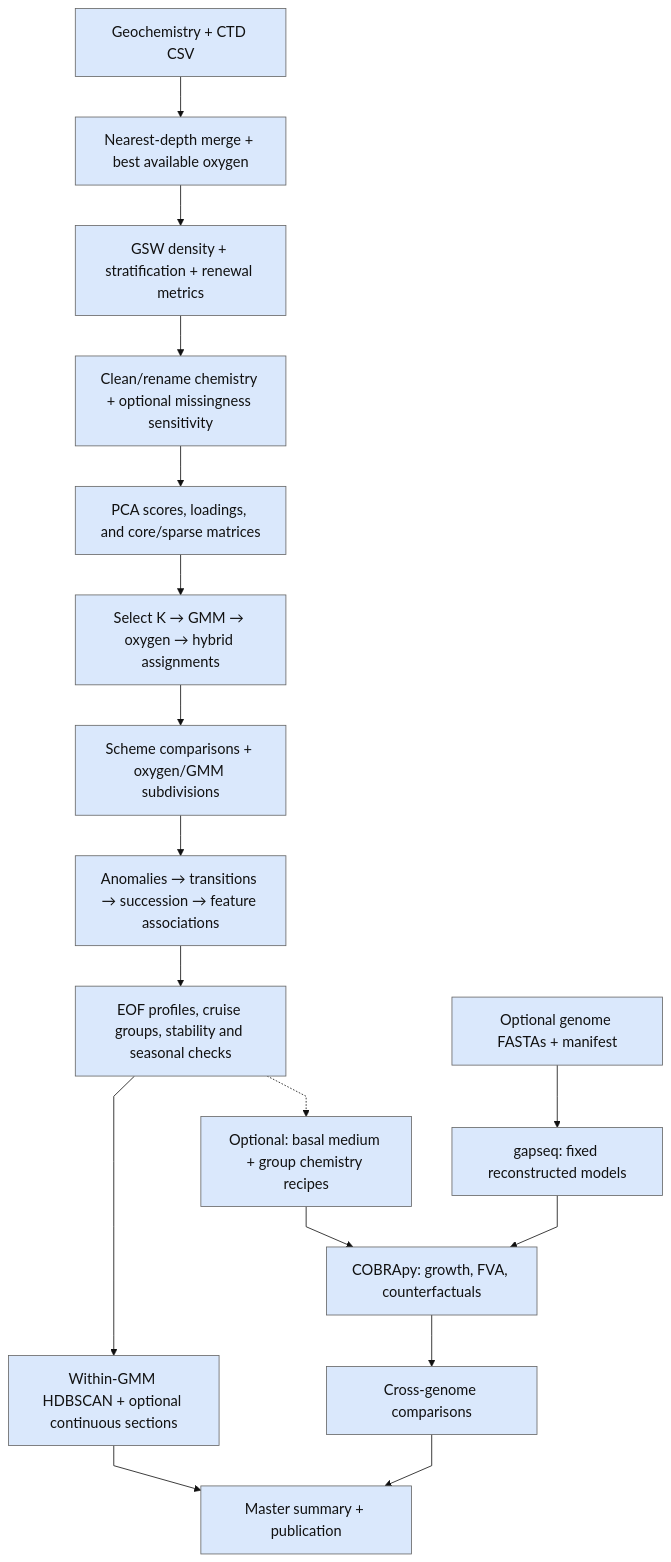
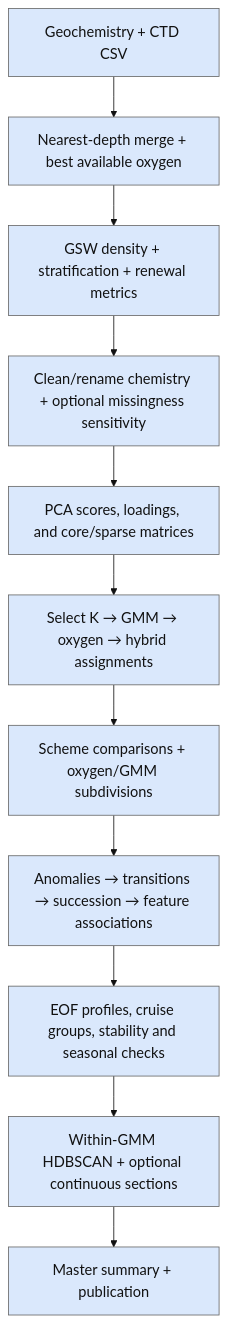
The diagram in docs/diagrams/data-flow.mmd (hallamlab/BASINS), drawn with Mermaid before and after one commit. The commit also changed 29 other files, not shown here.

```diff
--- a/docs/diagrams/data-flow.mmd
+++ b/docs/diagrams/data-flow.mmd
@@ -1,18 +1,12 @@
 %%{init: {"theme":"base","themeVariables":{"fontFamily":"Times New Roman, Times, serif","fontSize":"18px","primaryColor":"#DAE8FC","primaryTextColor":"#111111","primaryBorderColor":"#666666","lineColor":"#111111","secondaryColor":"#D5E8D4","tertiaryColor":"#F5F5F5","edgeLabelBackground":"#ffffff"},"flowchart":{"htmlLabels":false,"curve":"linear"}}}%%
 flowchart TB
  A["Geochemistry + CTD CSV"] --> B["Nearest-depth merge + best available oxygen"]
  B --> C["GSW density + stratification + renewal metrics"]
  C --> D["Clean/rename chemistry + optional missingness sensitivity"]
  D --> E["PCA scores, loadings, and core/sparse matrices"]
  E --> F["Select K → GMM → oxygen → hybrid assignments"]
  F --> G["Scheme comparisons + oxygen/GMM subdivisions"]
  G --> H["Anomalies → transitions → succession → feature associations"]
  H --> I["EOF profiles, cruise groups, stability and seasonal checks"]
  I --> J["Within-GMM HDBSCAN + optional continuous sections"]
- I -.-> K["Optional: basal medium + group chemistry recipes"]
- L["Optional genome FASTAs + manifest"] --> M["gapseq: fixed reconstructed models"]
- K --> N["COBRApy: growth, FVA, counterfactuals"]
- M --> N
- N --> O["Cross-genome comparisons"]
  J --> P["Master summary + publication"]
- O --> P
```
